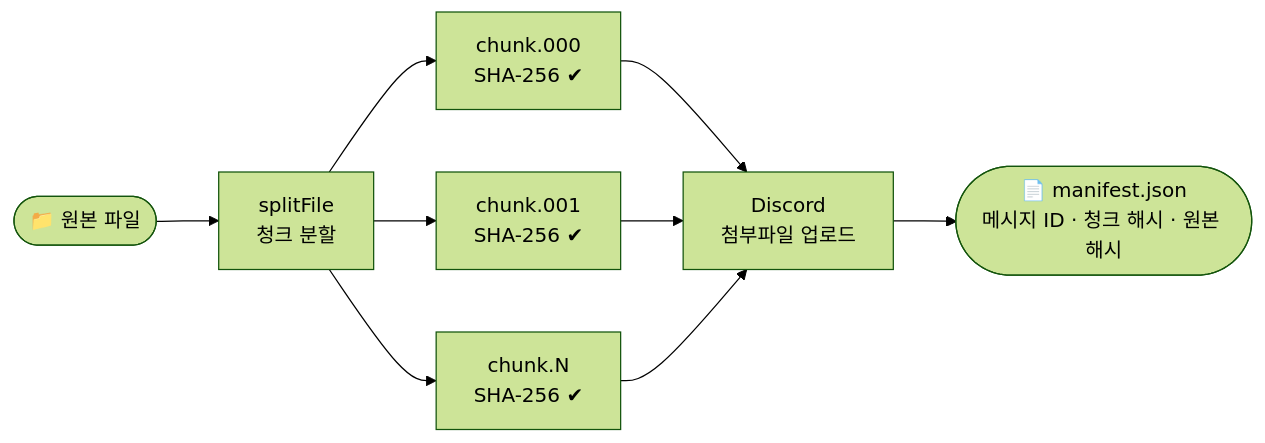
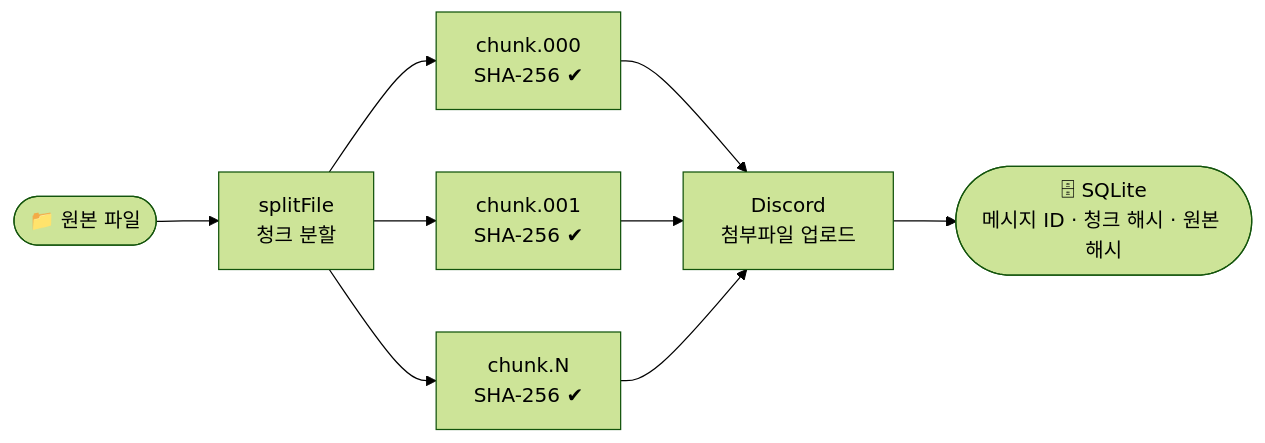
The first of 2 diagrams in README.md (vientorepublic/drivecord), drawn with Mermaid (forest theme) before and after one commit. The commit also changed other lines of this file and 17 other files, not shown here.

````diff
--- a/README.md
+++ b/README.md
@@ -9,9 +11,9 @@
 ```mermaid
 flowchart LR
     A([📁 원본 파일]) --> B[splitFile\n청크 분할]
     B --> C1[chunk.000\nSHA-256 ✔]
     B --> C2[chunk.001\nSHA-256 ✔]
     B --> C3[chunk.N\nSHA-256 ✔]
     C1 & C2 & C3 --> D[Discord\n첨부파일 업로드]
-    D --> E([📄 manifest.json\n메시지 ID · 청크 해시 · 원본 해시])
+    D --> E([🗄 SQLite\n메시지 ID · 청크 해시 · 원본 해시])
 ```
````
